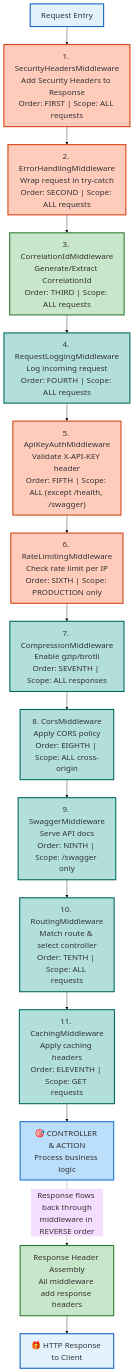
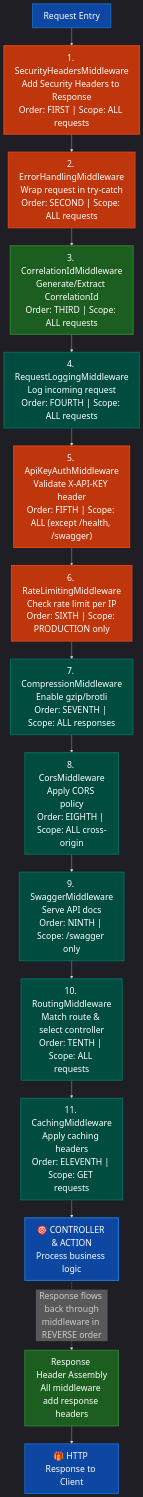
One commit to debdevops/servicehub changed the seventh of 12 diagrams in services/api/ARCHITECTURE.md. Above: the diagram before and after it, drawn with Mermaid. The commit also changed other lines of this file, not shown here.

Commit message:
Update Text and foreground color

````diff
--- a/services/api/ARCHITECTURE.md
+++ b/services/api/ARCHITECTURE.md
@@ -387,47 +408,47 @@
 ```mermaid
-%%{init: {'theme':'base', 'themeVariables': { 'fontSize':'22px'}}}%%
+%%{init: {'theme':'dark', 'themeVariables': { 'fontSize':'24px', 'primaryTextColor':'#ffffff'}}}%%
 graph TD
     A["Request Entry"] --> B["1. SecurityHeadersMiddleware<br/>Add Security Headers to Response<br/>Order: FIRST | Scope: ALL requests"]
     
     B --> C["2. ErrorHandlingMiddleware<br/>Wrap request in try-catch<br/>Order: SECOND | Scope: ALL requests"]
     
     C --> D["3. CorrelationIdMiddleware<br/>Generate/Extract CorrelationId<br/>Order: THIRD | Scope: ALL requests"]
     
     D --> E["4. RequestLoggingMiddleware<br/>Log incoming request<br/>Order: FOURTH | Scope: ALL requests"]
     
     E --> F["5. ApiKeyAuthMiddleware<br/>Validate X-API-KEY header<br/>Order: FIFTH | Scope: ALL (except /health, /swagger)"]
     
     F --> G["6. RateLimitingMiddleware<br/>Check rate limit per IP<br/>Order: SIXTH | Scope: PRODUCTION only"]
     
     G --> H["7. CompressionMiddleware<br/>Enable gzip/brotli<br/>Order: SEVENTH | Scope: ALL responses"]
     
     H --> I["8. CorsMiddleware<br/>Apply CORS policy<br/>Order: EIGHTH | Scope: ALL cross-origin"]
     
     I --> J["9. SwaggerMiddleware<br/>Serve API docs<br/>Order: NINTH | Scope: /swagger only"]
     
     J --> K["10. RoutingMiddleware<br/>Match route & select controller<br/>Order: TENTH | Scope: ALL requests"]
     
     K --> L["11. CachingMiddleware<br/>Apply caching headers<br/>Order: ELEVENTH | Scope: GET requests"]
     
     L --> M["🎯 CONTROLLER & ACTION<br/>Process business logic"]
     
     M -.->|"Response flows back through<br/>middleware in REVERSE order"| N["Response Header Assembly<br/>All middleware add response headers"]
     
     N --> O["🎁 HTTP Response to Client"]
 
-    style A fill:#e3f2fd,stroke:#1565c0,stroke-width:3px
-    style B fill:#ffccbc,stroke:#d84315,stroke-width:3px
-    style C fill:#ffccbc,stroke:#d84315,stroke-width:3px
-    style D fill:#c8e6c9,stroke:#2e7d32,stroke-width:3px
-    style E fill:#b2dfdb,stroke:#00695c,stroke-width:3px
-    style F fill:#ffccbc,stroke:#d84315,stroke-width:3px
-    style G fill:#ffccbc,stroke:#d84315,stroke-width:3px
-    style H fill:#b2dfdb,stroke:#00695c,stroke-width:3px
-    style I fill:#b2dfdb,stroke:#00695c,stroke-width:3px
-    style J fill:#b2dfdb,stroke:#00695c,stroke-width:3px
-    style K fill:#b2dfdb,stroke:#00695c,stroke-width:3px
-    style L fill:#b2dfdb,stroke:#00695c,stroke-width:3px
-    style M fill:#bbdefb,stroke:#1976d2,stroke-width:3px
-    style N fill:#c8e6c9,stroke:#2e7d32,stroke-width:3px
-    style O fill:#e3f2fd,stroke:#1565c0,stroke-width:3px
+    style A fill:#0d47a1,stroke:#1565c0,stroke-width:3px,color:#fff
+    style B fill:#bf360c,stroke:#d84315,stroke-width:3px,color:#fff
+    style C fill:#bf360c,stroke:#d84315,stroke-width:3px,color:#fff
+    style D fill:#1b5e20,stroke:#2e7d32,stroke-width:3px,color:#fff
+    style E fill:#004d40,stroke:#00695c,stroke-width:3px,color:#fff
+    style F fill:#bf360c,stroke:#d84315,stroke-width:3px,color:#fff
+    style G fill:#bf360c,stroke:#d84315,stroke-width:3px,color:#fff
+    style H fill:#004d40,stroke:#00695c,stroke-width:3px,color:#fff
+    style I fill:#004d40,stroke:#00695c,stroke-width:3px,color:#fff
+    style J fill:#004d40,stroke:#00695c,stroke-width:3px,color:#fff
+    style K fill:#004d40,stroke:#00695c,stroke-width:3px,color:#fff
+    style L fill:#004d40,stroke:#00695c,stroke-width:3px,color:#fff
+    style M fill:#0d47a1,stroke:#1976d2,stroke-width:3px,color:#fff
+    style N fill:#1b5e20,stroke:#2e7d32,stroke-width:3px,color:#fff
+    style O fill:#0d47a1,stroke:#1565c0,stroke-width:3px,color:#fff
 ```
````
